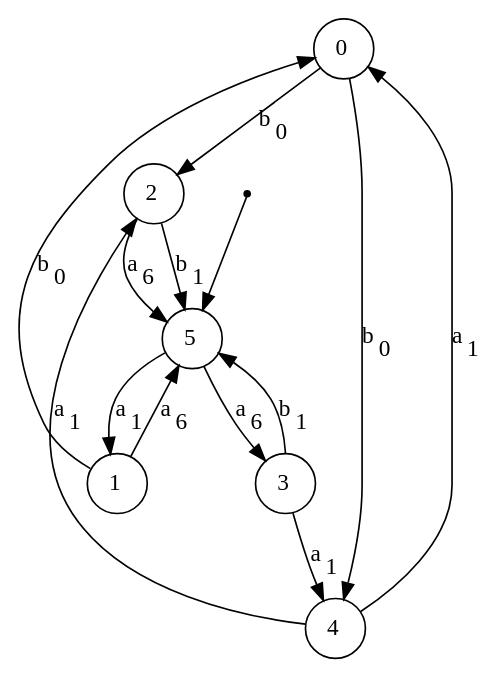
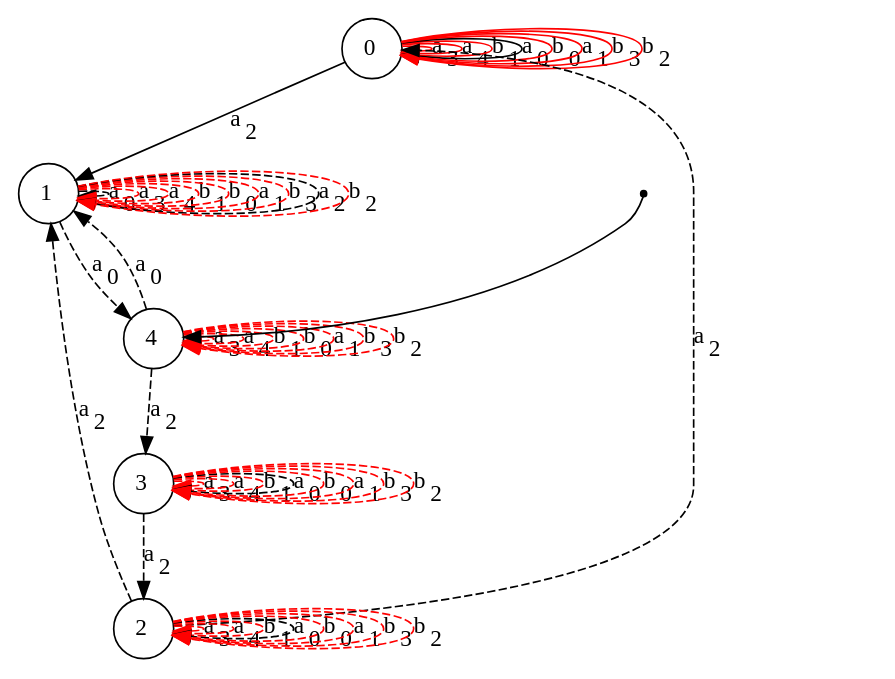
One commit to Reithger/Finite-State-Machine-Model changed the diagram in dotsource.dot. Above: the diagram before and after it, drawn with Graphviz. The commit also changed 29 other files, not shown here.

```diff
--- a/dotsource.dot
+++ b/dotsource.dot
@@ -1,22 +1,56 @@
 digraph G {
 "n0"[label= <0> shape=circle color="black" style=wedged fillcolor="white" style=filled];
 "n1"[label= <1> shape=circle color="black" style=wedged fillcolor="white" style=filled];
 "n2"[label= <2> shape=circle color="black" style=wedged fillcolor="white" style=filled];
 "n3"[label= <3> shape=circle color="black" style=wedged fillcolor="white" style=filled];
 "n4"[label= <4> shape=circle color="black" style=wedged fillcolor="white" style=filled];
-"n5"[label= <5> shape=circle color="black" style=wedged fillcolor="white" style=filled];
-"ArbitraryUnusedNameNoWorriesJustGrooving6"[fontSize=1 shape=point];
-{"ArbitraryUnusedNameNoWorriesJustGrooving6"}->{"n5"};
-{"n0"}->{"n2"}[label = <b<sub>0</sub>> color="black" arrowhead="normal" style=""];
-{"n0"}->{"n4"}[label = <b<sub>0</sub>> color="black" arrowhead="normal" style=""];
-{"n1"}->{"n0"}[label = <b<sub>0</sub>> color="black" arrowhead="normal" style=""];
-{"n1"}->{"n5"}[label = <a<sub>6</sub>> color="black" arrowhead="normal" style=""];
-{"n2"}->{"n5"}[label = <a<sub>6</sub>> color="black" arrowhead="normal" style=""];
-{"n2"}->{"n5"}[label = <b<sub>1</sub>> color="black" arrowhead="normal" style=""];
-{"n3"}->{"n4"}[label = <a<sub>1</sub>> color="black" arrowhead="normal" style=""];
-{"n3"}->{"n5"}[label = <b<sub>1</sub>> color="black" arrowhead="normal" style=""];
-{"n4"}->{"n2"}[label = <a<sub>1</sub>> color="black" arrowhead="normal" style=""];
-{"n4"}->{"n0"}[label = <a<sub>1</sub>> color="black" arrowhead="normal" style=""];
-{"n5"}->{"n3"}[label = <a<sub>6</sub>> color="black" arrowhead="normal" style=""];
-{"n5"}->{"n1"}[label = <a<sub>1</sub>> color="black" arrowhead="normal" style=""];
+"ArbitraryUnusedNameNoWorriesJustGrooving5"[fontSize=1 shape=point];
+{"ArbitraryUnusedNameNoWorriesJustGrooving5"}->{"n4"};
+{"n0"}->{"n1"}[label = <a<sub>2</sub>> color="black" arrowhead="normal" style=""];
+{"n0"}->{"n0"}[label = <a<sub>3</sub>> color="red" arrowhead="normal" style=""];
+{"n0"}->{"n0"}[label = <a<sub>4</sub>> color="red" arrowhead="normal" style=""];
+{"n0"}->{"n0"}[label = <b<sub>1</sub>> color="red" arrowhead="normal" style=""];
+{"n0"}->{"n0"}[label = <a<sub>0</sub>> color="black" arrowhead="normal" style=""];
+{"n0"}->{"n0"}[label = <b<sub>0</sub>> color="red" arrowhead="normal" style=""];
+{"n0"}->{"n0"}[label = <a<sub>1</sub>> color="red" arrowhead="normal" style=""];
+{"n0"}->{"n0"}[label = <b<sub>3</sub>> color="red" arrowhead="normal" style=""];
+{"n0"}->{"n0"}[label = <b<sub>2</sub>> color="red" arrowhead="normal" style=""];
+{"n1"}->{"n4"}[label = <a<sub>0</sub>> color="black" arrowhead="normal" style="dashed"];
+{"n1"}->{"n1"}[label = <a<sub>0</sub>> color="black" arrowhead="normal" style="dashed"];
+{"n1"}->{"n1"}[label = <a<sub>3</sub>> color="red" arrowhead="normal" style="dashed"];
+{"n1"}->{"n1"}[label = <a<sub>4</sub>> color="red" arrowhead="normal" style="dashed"];
+{"n1"}->{"n1"}[label = <b<sub>1</sub>> color="red" arrowhead="normal" style="dashed"];
+{"n1"}->{"n1"}[label = <b<sub>0</sub>> color="red" arrowhead="normal" style="dashed"];
+{"n1"}->{"n1"}[label = <a<sub>1</sub>> color="red" arrowhead="normal" style="dashed"];
+{"n1"}->{"n1"}[label = <b<sub>3</sub>> color="red" arrowhead="normal" style="dashed"];
+{"n1"}->{"n1"}[label = <a<sub>2</sub>> color="black" arrowhead="normal" style="dashed"];
+{"n1"}->{"n1"}[label = <b<sub>2</sub>> color="red" arrowhead="normal" style="dashed"];
+{"n2"}->{"n1"}[label = <a<sub>2</sub>> color="black" arrowhead="normal" style="dashed"];
+{"n2"}->{"n0"}[label = <a<sub>2</sub>> color="black" arrowhead="normal" style="dashed"];
+{"n2"}->{"n2"}[label = <a<sub>3</sub>> color="red" arrowhead="normal" style="dashed"];
+{"n2"}->{"n2"}[label = <a<sub>4</sub>> color="red" arrowhead="normal" style="dashed"];
+{"n2"}->{"n2"}[label = <b<sub>1</sub>> color="red" arrowhead="normal" style="dashed"];
+{"n2"}->{"n2"}[label = <a<sub>0</sub>> color="black" arrowhead="normal" style="dashed"];
+{"n2"}->{"n2"}[label = <b<sub>0</sub>> color="red" arrowhead="normal" style="dashed"];
+{"n2"}->{"n2"}[label = <a<sub>1</sub>> color="red" arrowhead="normal" style="dashed"];
+{"n2"}->{"n2"}[label = <b<sub>3</sub>> color="red" arrowhead="normal" style="dashed"];
+{"n2"}->{"n2"}[label = <b<sub>2</sub>> color="red" arrowhead="normal" style="dashed"];
+{"n3"}->{"n2"}[label = <a<sub>2</sub>> color="black" arrowhead="normal" style="dashed"];
+{"n3"}->{"n3"}[label = <a<sub>3</sub>> color="red" arrowhead="normal" style="dashed"];
+{"n3"}->{"n3"}[label = <a<sub>4</sub>> color="red" arrowhead="normal" style="dashed"];
+{"n3"}->{"n3"}[label = <b<sub>1</sub>> color="red" arrowhead="normal" style="dashed"];
+{"n3"}->{"n3"}[label = <a<sub>0</sub>> color="black" arrowhead="normal" style="dashed"];
+{"n3"}->{"n3"}[label = <b<sub>0</sub>> color="red" arrowhead="normal" style="dashed"];
+{"n3"}->{"n3"}[label = <a<sub>1</sub>> color="red" arrowhead="normal" style="dashed"];
+{"n3"}->{"n3"}[label = <b<sub>3</sub>> color="red" arrowhead="normal" style="dashed"];
+{"n3"}->{"n3"}[label = <b<sub>2</sub>> color="red" arrowhead="normal" style="dashed"];
+{"n4"}->{"n1"}[label = <a<sub>0</sub>> color="black" arrowhead="normal" style="dashed"];
+{"n4"}->{"n3"}[label = <a<sub>2</sub>> color="black" arrowhead="normal" style="dashed"];
+{"n4"}->{"n4"}[label = <a<sub>3</sub>> color="red" arrowhead="normal" style="dashed"];
+{"n4"}->{"n4"}[label = <a<sub>4</sub>> color="red" arrowhead="normal" style="dashed"];
+{"n4"}->{"n4"}[label = <b<sub>1</sub>> color="red" arrowhead="normal" style="dashed"];
+{"n4"}->{"n4"}[label = <b<sub>0</sub>> color="red" arrowhead="normal" style="dashed"];
+{"n4"}->{"n4"}[label = <a<sub>1</sub>> color="red" arrowhead="normal" style="dashed"];
+{"n4"}->{"n4"}[label = <b<sub>3</sub>> color="red" arrowhead="normal" style="dashed"];
+{"n4"}->{"n4"}[label = <b<sub>2</sub>> color="red" arrowhead="normal" style="dashed"];
 }
```
